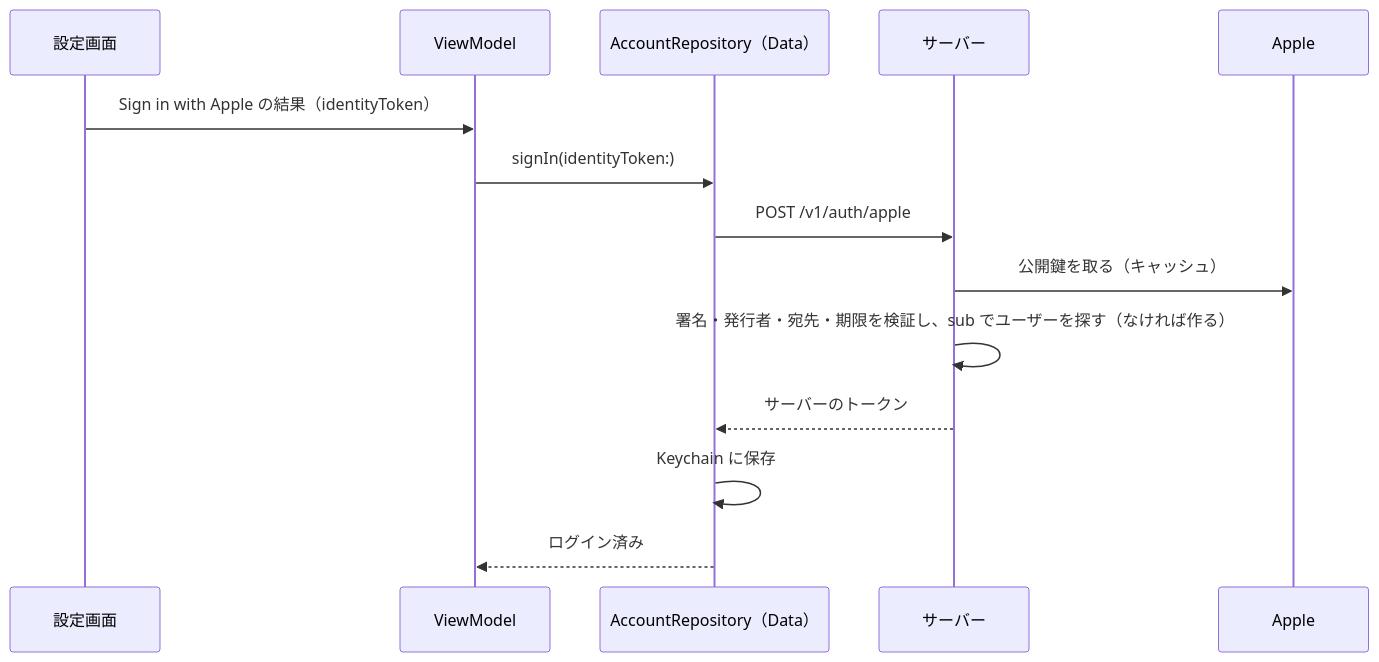
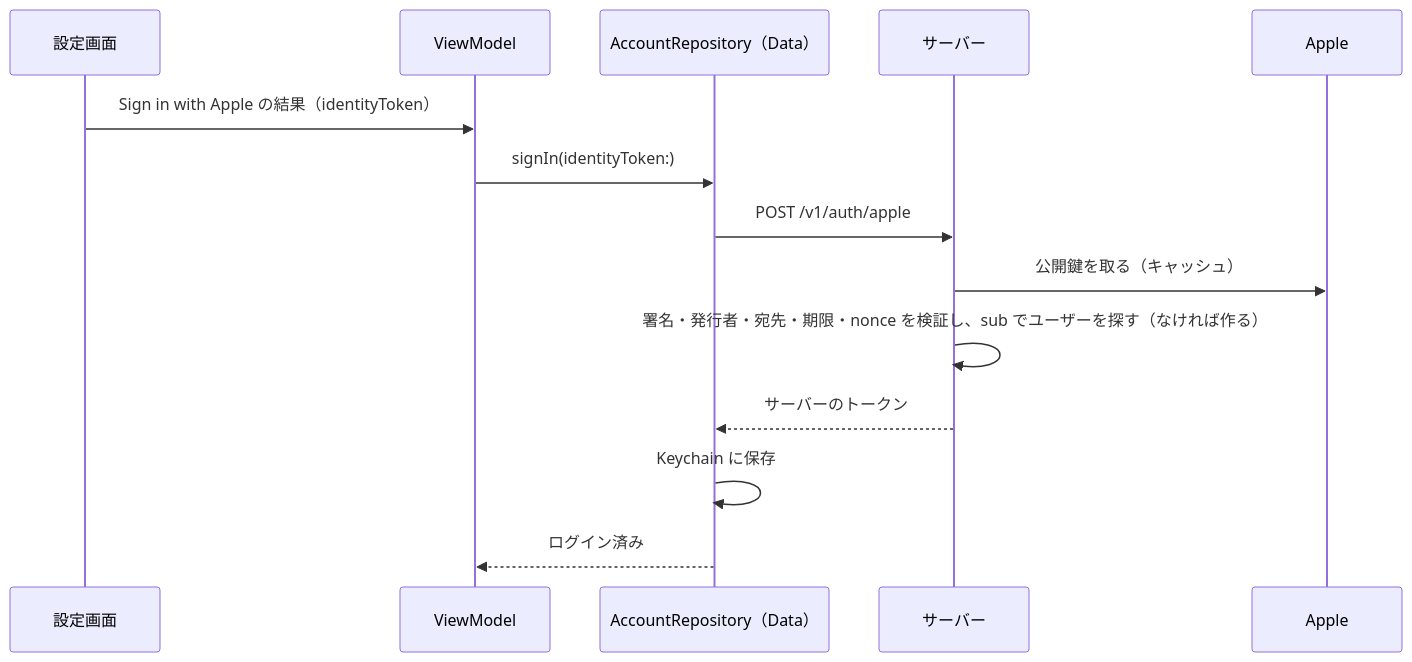
One commit to omomi-moti/Karaoke_support changed the second of 2 diagrams in docs/backend_design.md. Above: the diagram before and after it, drawn with Mermaid. The commit also changed other lines of this file and 21 other files, not shown here.

````diff
--- a/docs/backend_design.md
+++ b/docs/backend_design.md
@@ -149,16 +154,16 @@
 ```mermaid
 sequenceDiagram
     participant V as 設定画面
     participant VM as ViewModel
     participant R as AccountRepository（Data）
     participant S as サーバー
     participant A as Apple
     V->>VM: Sign in with Apple の結果（identityToken）
     VM->>R: signIn(identityToken:)
     R->>S: POST /v1/auth/apple
     S->>A: 公開鍵を取る（キャッシュ）
-    S->>S: 署名・発行者・宛先・期限を検証し、sub でユーザーを探す（なければ作る）
+    S->>S: 署名・発行者・宛先・期限・nonce を検証し、sub でユーザーを探す（なければ作る）
     S-->>R: サーバーのトークン
     R->>R: Keychain に保存
     R-->>VM: ログイン済み
 ```
````
